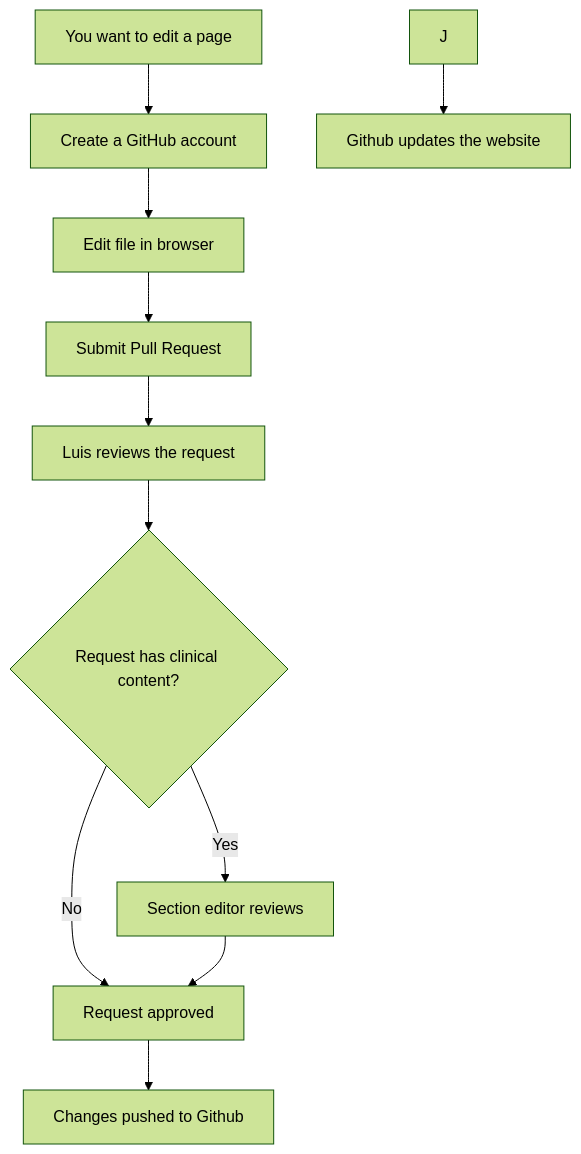
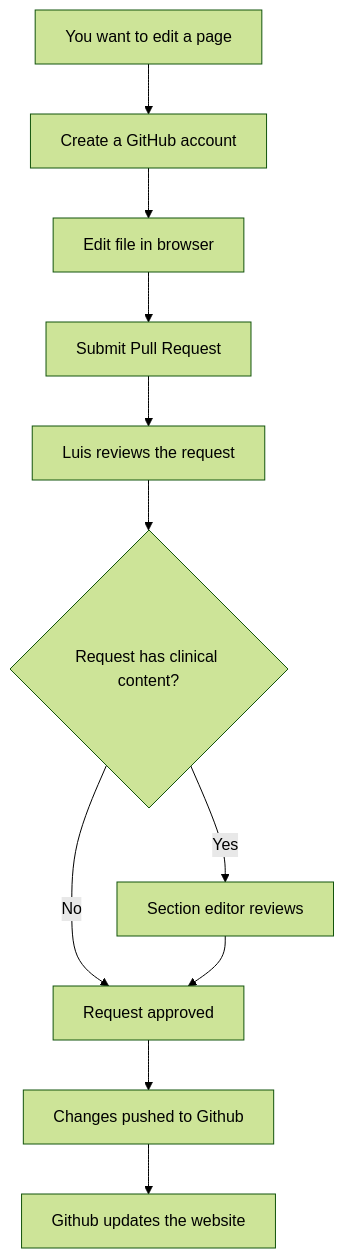
The diagram in README.md (ufneurology/handbook), drawn with Mermaid (forest theme) before and after one commit.

````diff
--- a/README.md
+++ b/README.md
@@ -59,13 +59,13 @@
 ```mermaid
 flowchart TD
     A[You want to edit a page] --> B[Create a GitHub account]
     B --> C[Edit file in browser]
     C --> D[Submit Pull Request]
     D --> E[Luis reviews the request]
     E --> F{Request has clinical content?}
     F -->|Yes| G[Section editor reviews]
     F -->|No| H[Request approved]
     G --> H
     H --> I[Changes pushed to Github]
-    J --> K[Github updates the website]
+    I --> J[Github updates the website]
 ```
````
